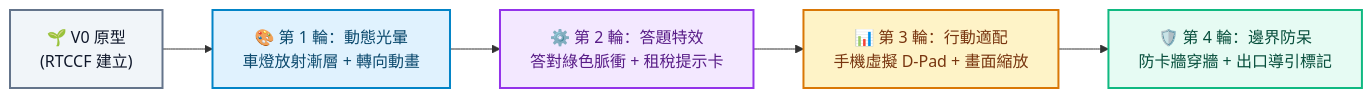
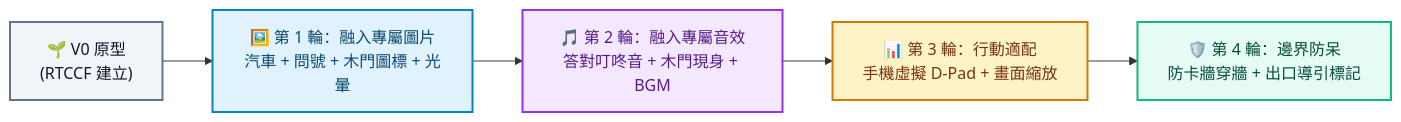
One commit to roberthsu2003/vibe_coding changed the diagram in AIFirst實作課程/建立小遊戲/使用牌照稅迷宮大冒險/README.md. Above: the diagram before and after it, drawn with Mermaid. The commit also changed other lines of this file and 67 other files, not shown here.

````diff
--- a/AIFirst實作課程/建立小遊戲/使用牌照稅迷宮大冒險/README.md
+++ b/AIFirst實作課程/建立小遊戲/使用牌照稅迷宮大冒險/README.md
@@ -97,14 +100,14 @@
 ```mermaid
 flowchart LR
     V0["🌱 V0 原型<br/>(RTCCF 建立)"] 
-    --> V1["🎨 第 1 輪：動態光暈<br/>車燈放射漸層 + 轉向動畫"]
-    --> V2["⚙️ 第 2 輪：答題特效<br/>答對綠色脈衝 + 租稅提示卡"]
+    --> V1["🖼️ 第 1 輪：融入專屬圖片<br/>汽車 + 問號 + 木門圖標 + 光暈"]
+    --> V2["🎵 第 2 輪：融入專屬音效<br/>答對叮咚音 + 木門現身 + BGM"]
     --> V3["📊 第 3 輪：行動適配<br/>手機虛擬 D-Pad + 畫面縮放"]
     --> V4["🛡️ 第 4 輪：邊界防呆<br/>防卡牆穿牆 + 出口導引標記"]
 
     style V0 fill:#f1f5f9,stroke:#64748b,stroke-width:2px,color:#0f172a
     style V1 fill:#e0f2fe,stroke:#0284c7,stroke-width:2px,color:#0c4a6e
     style V2 fill:#f3e8ff,stroke:#9333ea,stroke-width:2px,color:#581c87
     style V3 fill:#fef3c7,stroke:#d97706,stroke-width:2px,color:#78350f
     style V4 fill:#e6fbf3,stroke:#10b981,stroke-width:2px,color:#064e3b
 ```
````
